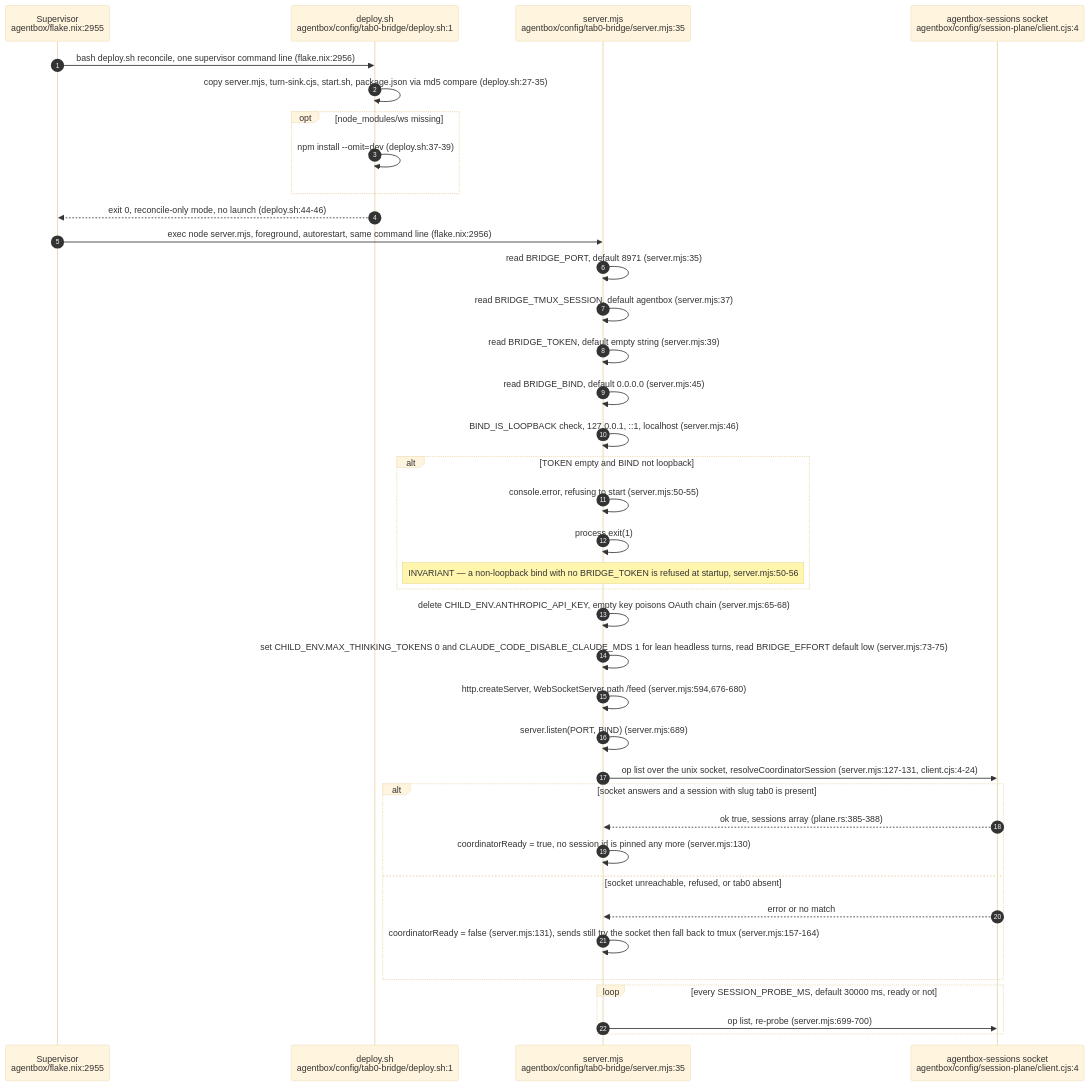
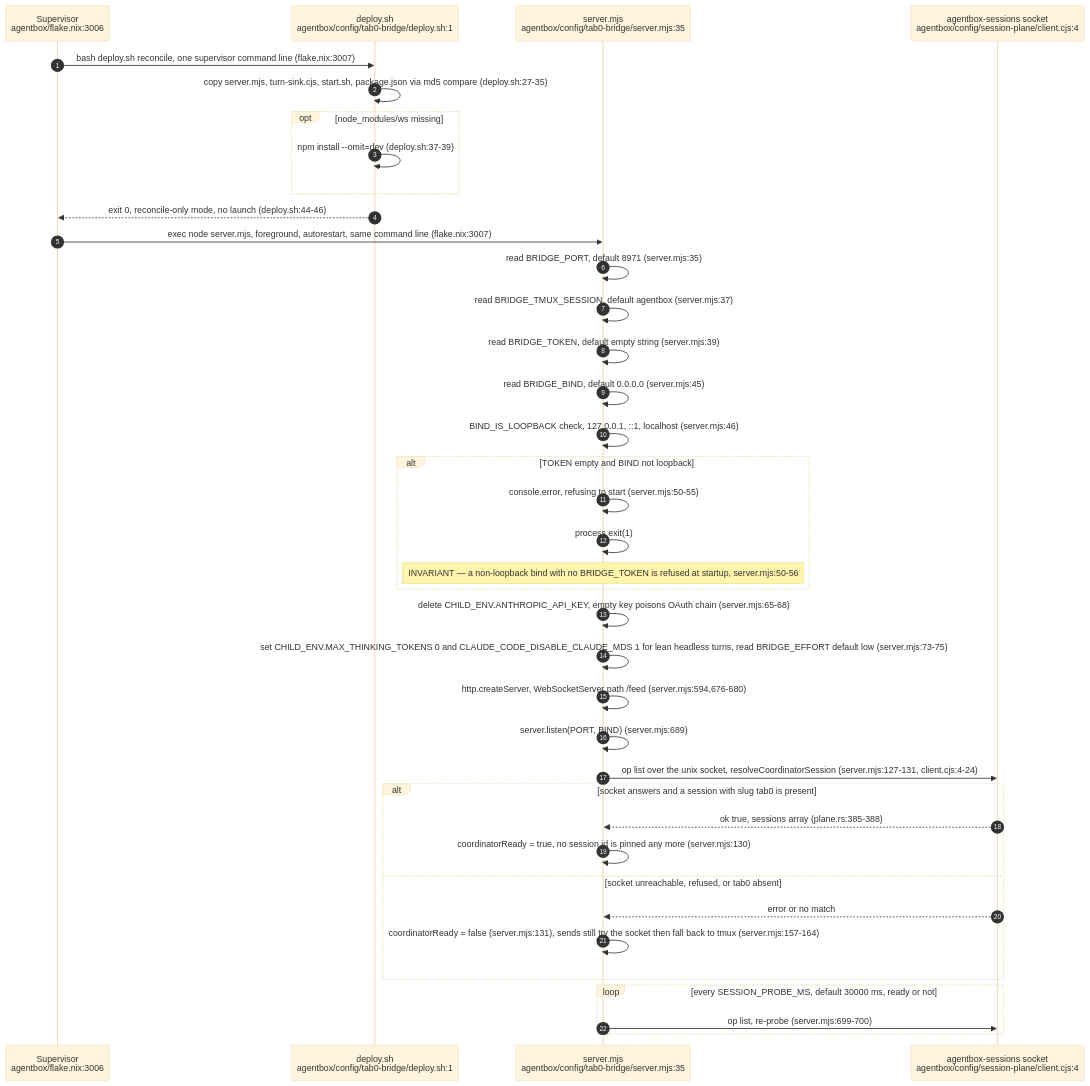
One commit to DreamLab-AI/VisionFlow changed the first of 12 diagrams in docs/diagrams/agentbox/12-tab0-bridge-and-interaction-plane.md. Above: the diagram before and after it, drawn with Mermaid (base theme). The commit also changed other lines of this file and 36 other files, not shown here.

First line of the commit message:
docs(diagrams): re-derive and re-stamp agentbox, dream-engine, visioncraft, visiontouch and vowl topics; drop LAN addresses

````diff
--- a/docs/diagrams/agentbox/12-tab0-bridge-and-interaction-plane.md
+++ b/docs/diagrams/agentbox/12-tab0-bridge-and-interaction-plane.md
@@ -53,41 +53,41 @@
 ```mermaid
 sequenceDiagram
     autonumber
-    participant Sup as Supervisor<br/>agentbox/flake.nix:2955
+    participant Sup as Supervisor<br/>agentbox/flake.nix:3006
     participant Dep as deploy.sh<br/>agentbox/config/tab0-bridge/deploy.sh:1
     participant Node as server.mjs<br/>agentbox/config/tab0-bridge/server.mjs:35
     participant Sock as agentbox-sessions socket<br/>agentbox/config/session-plane/client.cjs:4
 
-    Sup->>Dep: bash deploy.sh reconcile, one supervisor command line (flake.nix:2956)
+    Sup->>Dep: bash deploy.sh reconcile, one supervisor command line (flake.nix:3007)
     Dep->>Dep: copy server.mjs, turn-sink.cjs, start.sh, package.json via md5 compare (deploy.sh:27-35)
     opt node_modules/ws missing
         Dep->>Dep: npm install --omit=dev (deploy.sh:37-39)
     end
     Dep-->>Sup: exit 0, reconcile-only mode, no launch (deploy.sh:44-46)
-    Sup->>Node: exec node server.mjs, foreground, autorestart, same command line (flake.nix:2956)
+    Sup->>Node: exec node server.mjs, foreground, autorestart, same command line (flake.nix:3007)
     Node->>Node: read BRIDGE_PORT, default 8971 (server.mjs:35)
     Node->>Node: read BRIDGE_TMUX_SESSION, default agentbox (server.mjs:37)
     Node->>Node: read BRIDGE_TOKEN, default empty string (server.mjs:39)
     Node->>Node: read BRIDGE_BIND, default 0.0.0.0 (server.mjs:45)
     Node->>Node: BIND_IS_LOOPBACK check, 127.0.0.1, ::1, localhost (server.mjs:46)
     alt TOKEN empty and BIND not loopback
         Node->>Node: console.error, refusing to start (server.mjs:50-55)
         Node->>Node: process.exit(1)
         Note over Node: INVARIANT — a non-loopback bind with no BRIDGE_TOKEN is refused at startup, server.mjs:50-56
     end
     Node->>Node: delete CHILD_ENV.ANTHROPIC_API_KEY, empty key poisons OAuth chain (server.mjs:65-68)
     Node->>Node: set CHILD_ENV.MAX_THINKING_TOKENS 0 and CLAUDE_CODE_DISABLE_CLAUDE_MDS 1 for lean headless turns, read BRIDGE_EFFORT default low (server.mjs:73-75)
     Node->>Node: http.createServer, WebSocketServer path /feed (server.mjs:594,676-680)
     Node->>Node: server.listen(PORT, BIND) (server.mjs:689)
     Node->>Sock: op list over the unix socket, resolveCoordinatorSession (server.mjs:127-131, client.cjs:4-24)
     alt socket answers and a session with slug tab0 is present
         Sock-->>Node: ok true, sessions array (plane.rs:385-388)
         Node->>Node: coordinatorReady = true, no session id is pinned any more (server.mjs:130)
     else socket unreachable, refused, or tab0 absent
         Sock-->>Node: error or no match
         Node->>Node: coordinatorReady = false (server.mjs:131), sends still try the socket then fall back to tmux (server.mjs:157-164)
     end
     loop every SESSION_PROBE_MS, default 30000 ms, ready or not
         Node->>Sock: op list, re-probe (server.mjs:699-700)
     end
 ```
````
